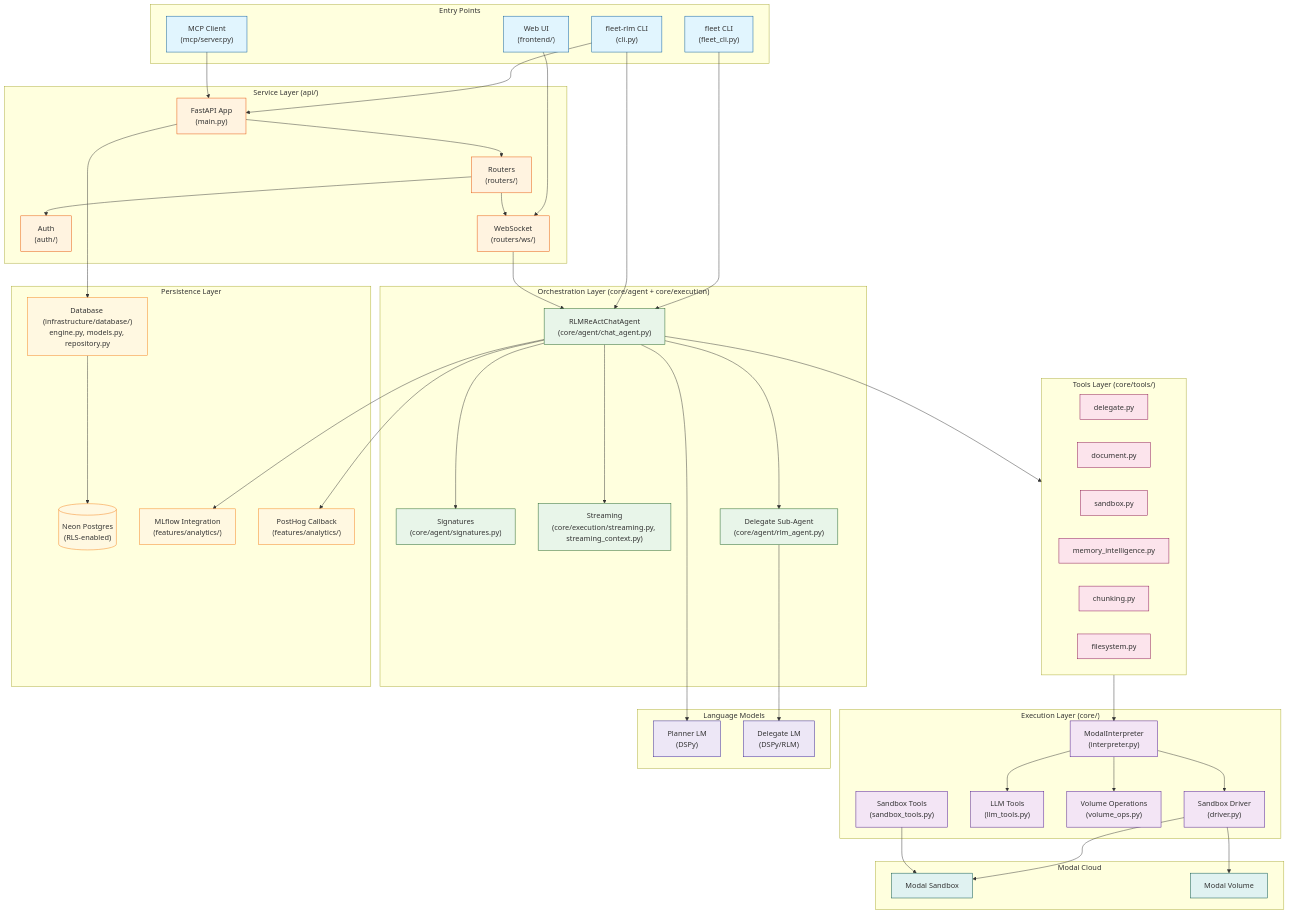
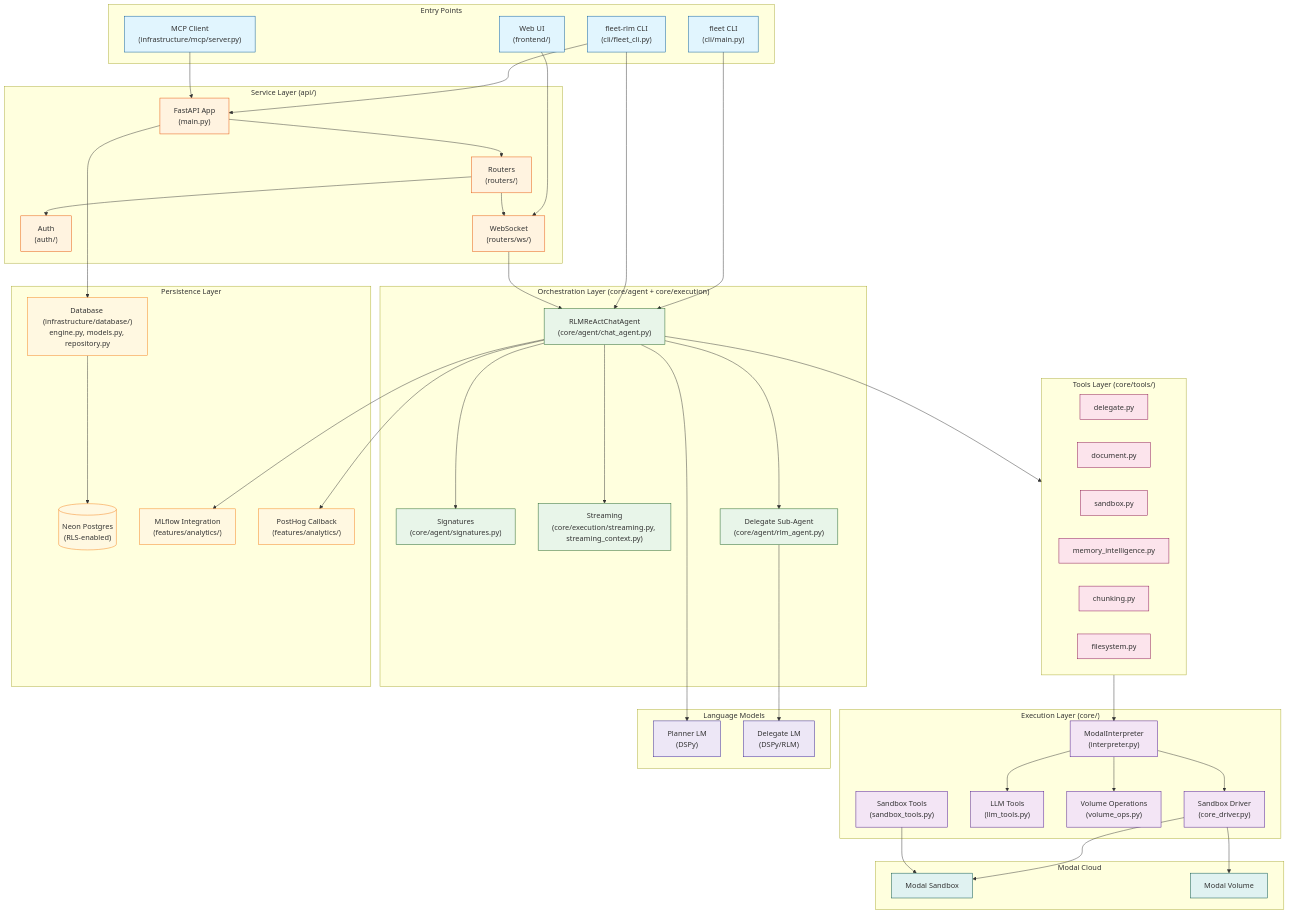
Before and after one commit to Qredence/fleet-rlm: the first of 6 diagrams in docs/architecture.md, drawn with Mermaid. The commit also changed other lines of this file and 23 other files, not shown here.

````diff
--- a/docs/architecture.md
+++ b/docs/architecture.md
@@ -24,10 +26,10 @@
 ```mermaid
 graph TB
     subgraph ENTRY["Entry Points"]
-        CLI_FLEET["fleet CLI<br/>(fleet_cli.py)"]
-        CLI_RLM["fleet-rlm CLI<br/>(cli.py)"]
+        CLI_FLEET["fleet CLI<br/>(cli/main.py)"]
+        CLI_RLM["fleet-rlm CLI<br/>(cli/fleet_cli.py)"]
         WEB_UI["Web UI<br/>(frontend/)"]
-        MCP_CLIENT["MCP Client<br/>(mcp/server.py)"]
+        MCP_CLIENT["MCP Client<br/>(infrastructure/mcp/server.py)"]
     end
 
     subgraph SERVER["Service Layer (api/)"]
@@ -55,7 +57,7 @@
 
     subgraph EXECUTION["Execution Layer (core/)"]
         INTERPRETER["ModalInterpreter<br/>(interpreter.py)"]
-        DRIVER["Sandbox Driver<br/>(driver.py)"]
+        DRIVER["Sandbox Driver<br/>(core_driver.py)"]
         LLM_TOOLS["LLM Tools<br/>(llm_tools.py)"]
         VOLUME_OPS["Volume Operations<br/>(volume_ops.py)"]
         SANDBOX_TOOLS["Sandbox Tools<br/>(sandbox_tools.py)"]
````
